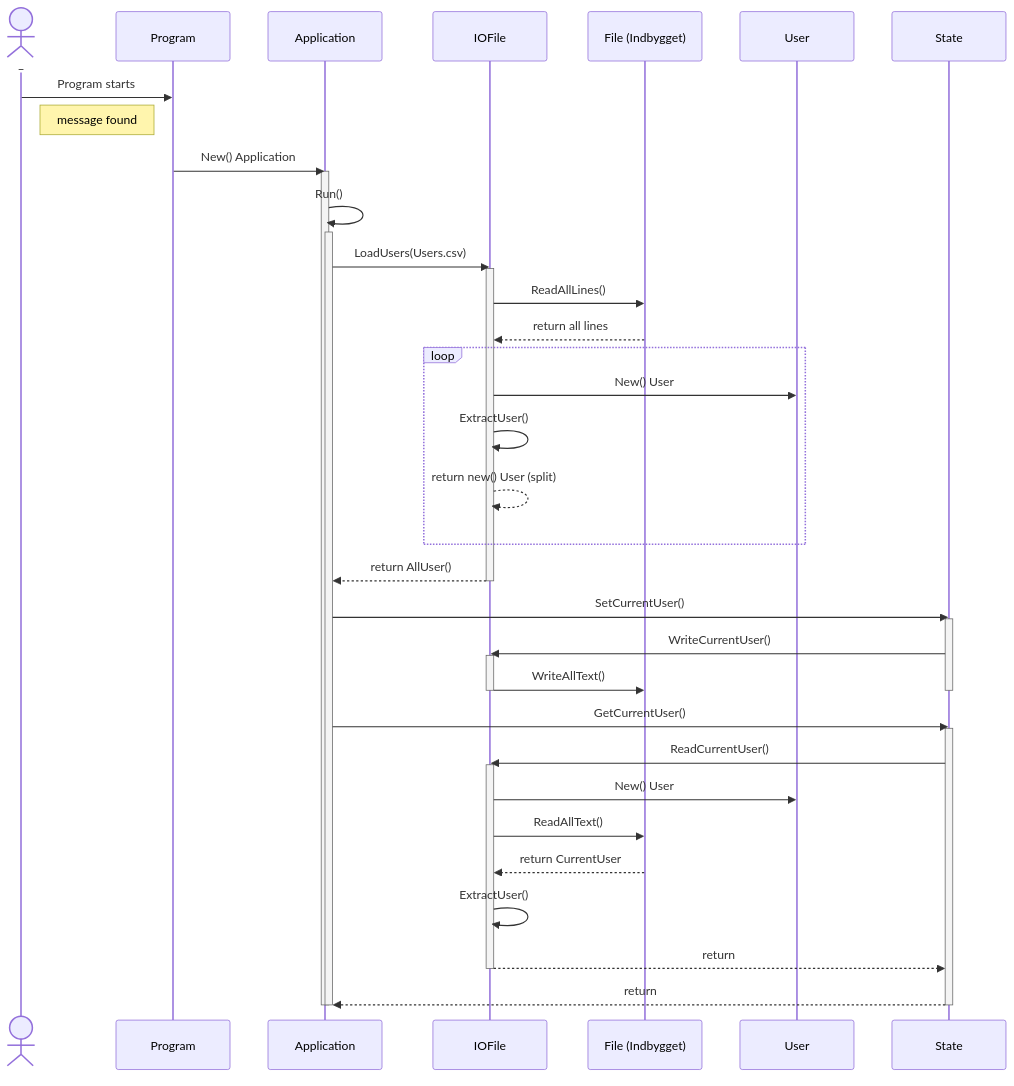
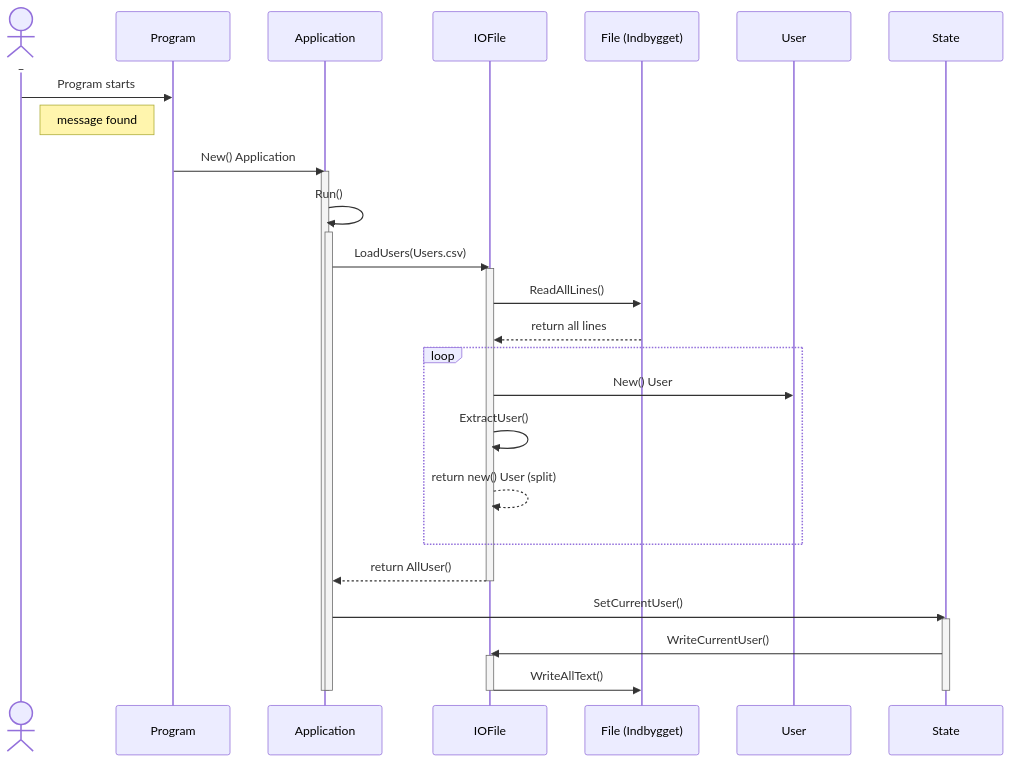
One commit to MatiasHeiberg/1.semesterprojekt changed the diagram in 02 notes/Sekvensdiagram 'Program starts'.md. Above: the diagram before and after it, drawn with Mermaid. The commit also changed 3 other files, not shown here.

Commit message:
Fjernet overflødig getCurrentUser() i Application

````diff
--- a/02 notes/Sekvensdiagram 'Program starts'.md
+++ b/02 notes/Sekvensdiagram 'Program starts'.md
@@ -2,60 +2,47 @@
 ```mermaid
 
 sequenceDiagram
      
     actor _ 
     participant P as Program
     participant A as Application
     participant I as IOFile
     participant F as File (Indbygget)
     participant U as User
     participant S as State
     
     _->>P: Program starts
     Note right of _: message found
     P->>A: New() Application
     Activate A 
     A->>A: Run()
     Activate A
 	A->>I: LoadUsers(Users.csv)
     Activate I
 	I->>F: ReadAllLines()
 	F-->>I: return all lines
 	loop 
     I->>U: New() User
 	I->>I: ExtractUser()
 	I-->>I: return new() User (split)
 	end
 	I-->>A: return AllUser()
 	Deactivate I
 	A->>S: SetCurrentUser()
 	Activate S
 	S->>I: WriteCurrentUser()
 	Activate I
 	I->>F: WriteAllText()
 	Deactivate I
 	Deactivate S
 	
-	A->>S: GetCurrentUser()
-	Activate S 
-	
-	S->>I: ReadCurrentUser()
-	Activate I
-	I->>U: New() User
-	I->>F: ReadAllText()
-	F-->>I: return CurrentUser
-	I->>I: ExtractUser()
-	I-->>S: return
-	Deactivate I
-	S-->>A: return 
-	Deactivate S
 	Deactivate A
 	Deactivate A
 	
 	
 	
     
     
 
 
 ```
````
